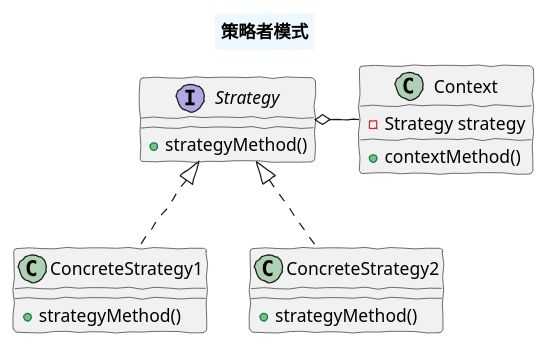
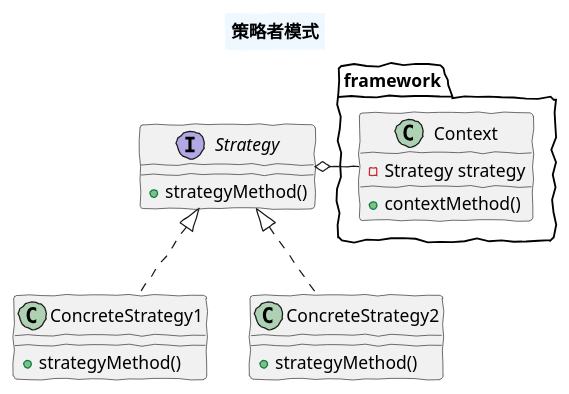
Before and after one commit to zhangzhaolin/desin_mode_diagram: the diagram in src/main/resources/10_Strategy.puml, drawn with PlantUML. The commit also changed 30 other files, not shown here.

```diff
--- a/src/main/resources/10_Strategy.puml
+++ b/src/main/resources/10_Strategy.puml
@@ -1,30 +1,30 @@
 @startuml
 
 skinparam handwritten true
 skinparam titleBorderThickness 2
 skinparam titleBackgroundColor AliceBlue
 
 title
     策略者模式
 end title
 
 interface Strategy{
     + strategyMethod()
 }
 
 class ConcreteStrategy1 implements Strategy{
     + strategyMethod()
 }
 
 class ConcreteStrategy2 implements Strategy{
     + strategyMethod()
 }
 
-class Context{
+class framework.Context{
     - Strategy strategy
     + contextMethod()
 }
 
-Context -left-o Strategy
+framework.Context -left-o Strategy
 
 @enduml
```
